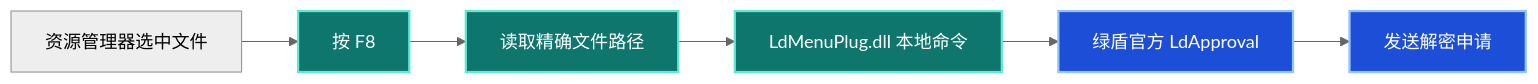
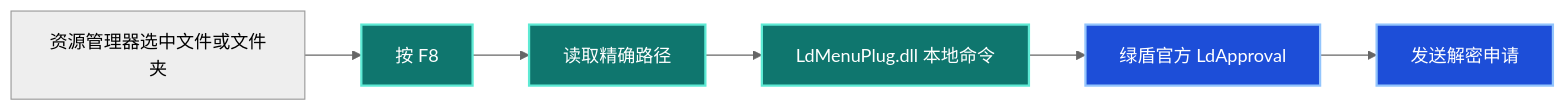
One commit to jedliuai/Tipray-GreenShield-Decryption-Assistant changed the first of 2 diagrams in README.md. Above: the diagram before and after it, drawn with Mermaid (neutral theme). The commit also changed other lines of this file and 7 other files, not shown here.

Commit message:
Restore folder decryption and harden direct flow

````diff
--- a/README.md
+++ b/README.md
@@ -46,13 +46,13 @@
 ```mermaid
 flowchart LR
-    A[资源管理器选中文件] --> B[按 F8]
-    B --> C[读取精确文件路径]
+    A[资源管理器选中文件或文件夹] --> B[按 F8]
+    B --> C[读取精确路径]
     C --> D[LdMenuPlug.dll 本地命令]
     D --> E[绿盾官方 LdApproval]
     E --> F[发送解密申请]
 
     classDef fast fill:#0f766e,color:#fff,stroke:#5eead4,stroke-width:2px;
     classDef official fill:#1d4ed8,color:#fff,stroke:#93c5fd,stroke-width:2px;
     class B,C,D fast;
     class E,F official;
 ```
````
